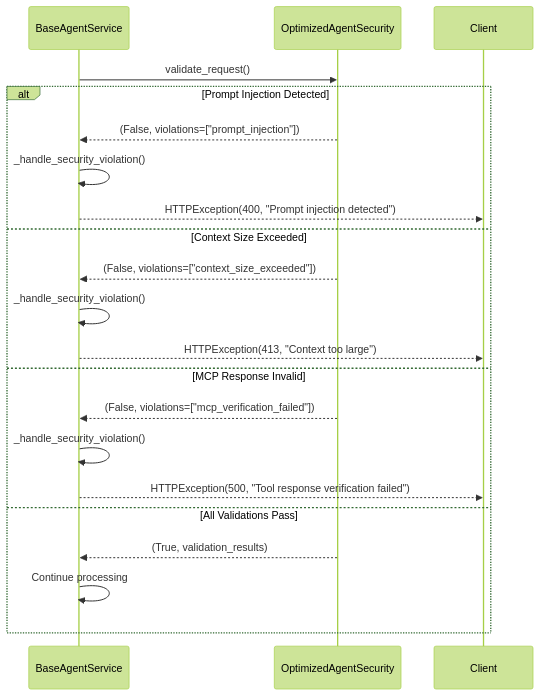
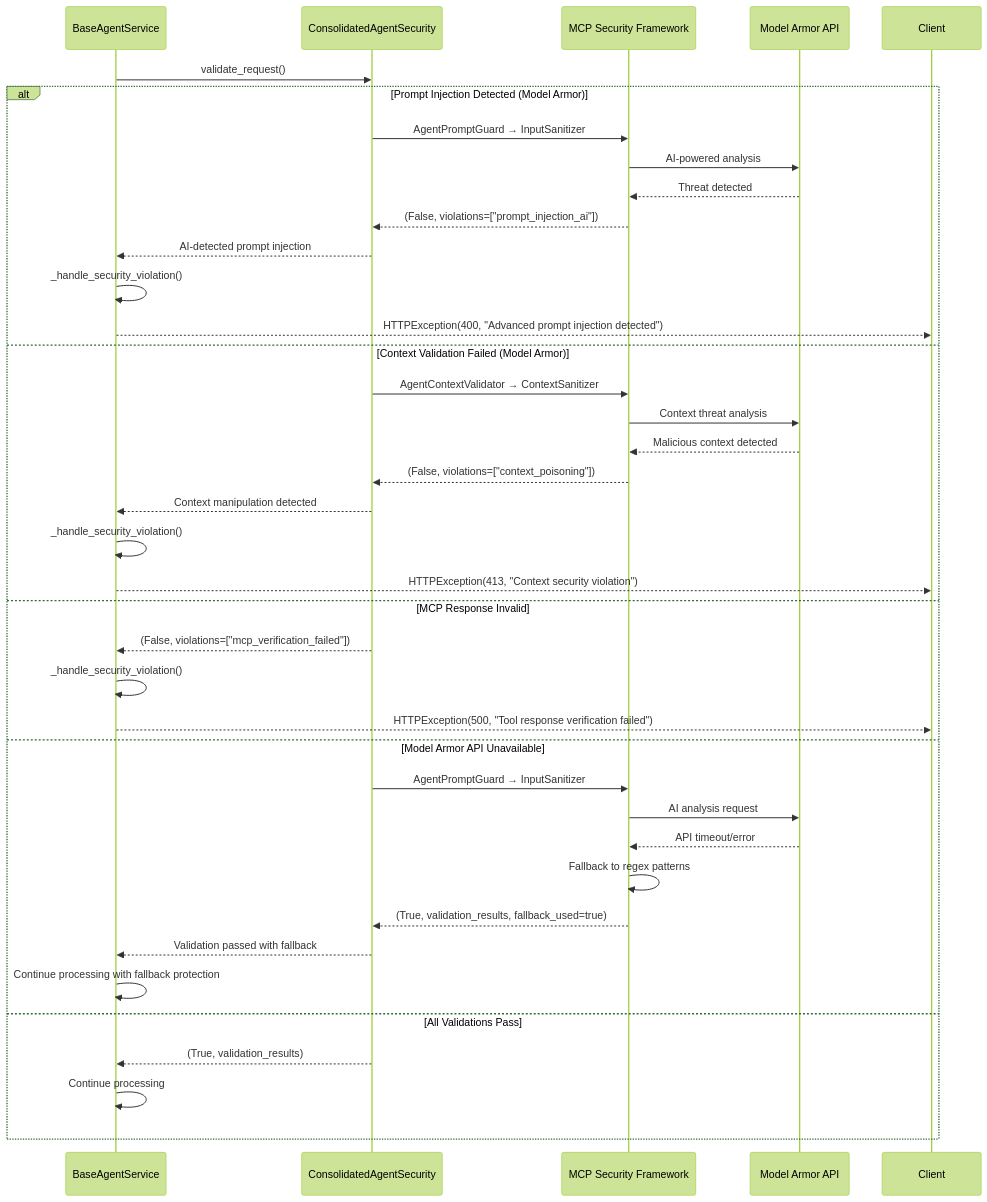
Before and after one commit to rnerurkar/mcp-implementation: the seventh of 7 diagrams in ADK MCP/MCP_SEQUENCE_DIAGRAM.md, drawn with Mermaid (forest theme). The commit also changed other lines of this file and 39 other files, not shown here.

````diff
--- a/ADK MCP/MCP_SEQUENCE_DIAGRAM.md
+++ b/ADK MCP/MCP_SEQUENCE_DIAGRAM.md
@@ -304,28 +360,47 @@
 ```mermaid
 sequenceDiagram
     participant BaseAgent as BaseAgentService
-    participant Security as OptimizedAgentSecurity
+    participant Security as ConsolidatedAgentSecurity
+    participant MCPFramework as MCP Security Framework
+    participant ModelArmor as Model Armor API
     participant Client as Client
 
     BaseAgent->>Security: validate_request()
     
-    alt Prompt Injection Detected
-        Security-->>BaseAgent: (False, violations=["prompt_injection"])
+    alt Prompt Injection Detected (Model Armor)
+        Security->>MCPFramework: AgentPromptGuard → InputSanitizer
+        MCPFramework->>ModelArmor: AI-powered analysis
+        ModelArmor-->>MCPFramework: Threat detected
+        MCPFramework-->>Security: (False, violations=["prompt_injection_ai"])
+        Security-->>BaseAgent: AI-detected prompt injection
         BaseAgent->>BaseAgent: _handle_security_violation()
-        BaseAgent-->>Client: HTTPException(400, "Prompt injection detected")
+        BaseAgent-->>Client: HTTPException(400, "Advanced prompt injection detected")
     
-    else Context Size Exceeded
-        Security-->>BaseAgent: (False, violations=["context_size_exceeded"])
+    else Context Validation Failed (Model Armor)
+        Security->>MCPFramework: AgentContextValidator → ContextSanitizer
+        MCPFramework->>ModelArmor: Context threat analysis
+        ModelArmor-->>MCPFramework: Malicious context detected
+        MCPFramework-->>Security: (False, violations=["context_poisoning"])
+        Security-->>BaseAgent: Context manipulation detected
         BaseAgent->>BaseAgent: _handle_security_violation()
-        BaseAgent-->>Client: HTTPException(413, "Context too large")
+        BaseAgent-->>Client: HTTPException(413, "Context security violation")
     
     else MCP Response Invalid
         Security-->>BaseAgent: (False, violations=["mcp_verification_failed"])
         BaseAgent->>BaseAgent: _handle_security_violation()
         BaseAgent-->>Client: HTTPException(500, "Tool response verification failed")
     
+    else Model Armor API Unavailable
+        Security->>MCPFramework: AgentPromptGuard → InputSanitizer
+        MCPFramework->>ModelArmor: AI analysis request
+        ModelArmor-->>MCPFramework: API timeout/error
+        MCPFramework->>MCPFramework: Fallback to regex patterns
+        MCPFramework-->>Security: (True, validation_results, fallback_used=true)
+        Security-->>BaseAgent: Validation passed with fallback
+        BaseAgent->>BaseAgent: Continue processing with fallback protection
+    
     else All Validations Pass
         Security-->>BaseAgent: (True, validation_results)
         BaseAgent->>BaseAgent: Continue processing
     end
 ```
````
